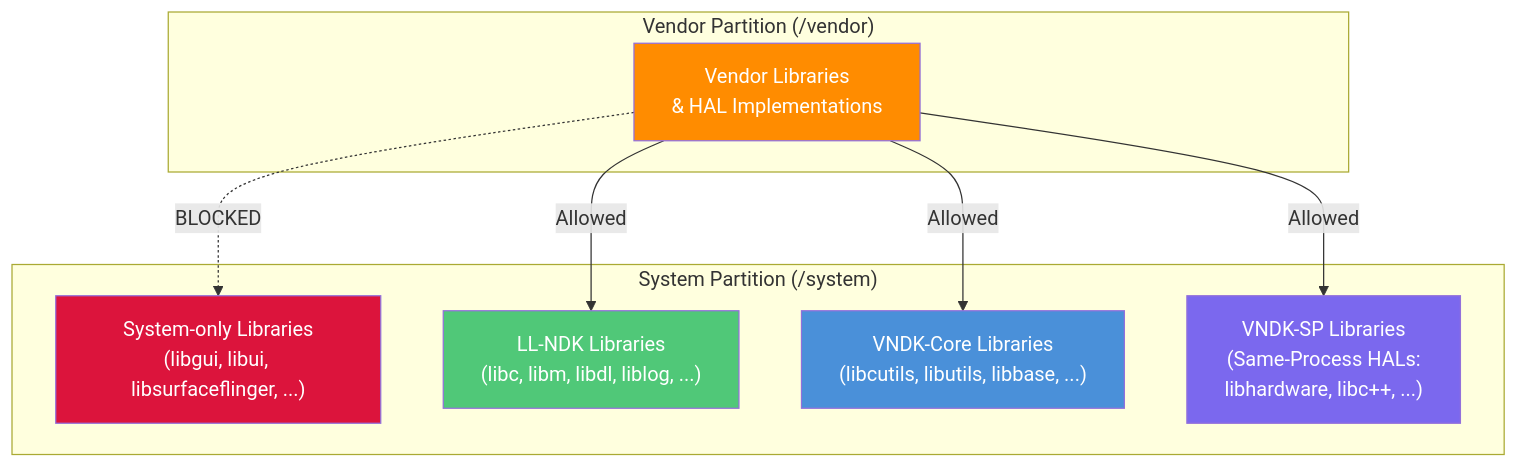
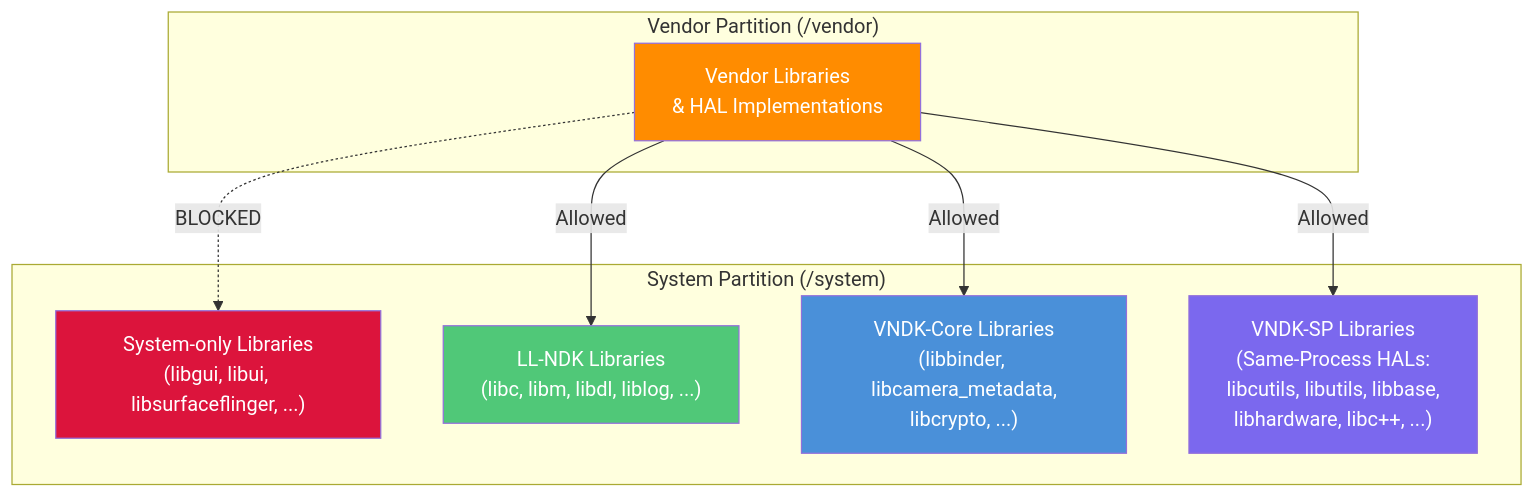
One commit to aospbooks/aosp-internal-book changed the eighth of 17 diagrams in agents/claude/skills/aosp-native-foundation/11-ndk.md. Above: the diagram before and after it, drawn with Mermaid. The commit also changed other lines of this file and 218 other files, not shown here.

````diff
--- a/agents/claude/skills/aosp-native-foundation/11-ndk.md
+++ b/agents/claude/skills/aosp-native-foundation/11-ndk.md
@@ -1391,24 +1411,24 @@
 ```mermaid
 graph TD
     subgraph "System Partition (/system)"
         SYSLIBS["System-only Libraries<br/>(libgui, libui, libsurfaceflinger, ...)"]
         LLNDK["LL-NDK Libraries<br/>(libc, libm, libdl, liblog, ...)"]
-        VNDK_CORE["VNDK-Core Libraries<br/>(libcutils, libutils, libbase, ...)"]
-        VNDK_SP["VNDK-SP Libraries<br/>(Same-Process HALs:<br/>libhardware, libc++, ...)"]
+        VNDK_CORE["VNDK-Core Libraries<br/>(libbinder, libcamera_metadata,<br/>libcrypto, ...)"]
+        VNDK_SP["VNDK-SP Libraries<br/>(Same-Process HALs:<br/>libcutils, libutils, libbase,<br/>libhardware, libc++, ...)"]
     end
 
     subgraph "Vendor Partition (/vendor)"
         VENDOR["Vendor Libraries<br/>& HAL Implementations"]
     end
 
     VENDOR -->|Allowed| LLNDK
     VENDOR -->|Allowed| VNDK_CORE
     VENDOR -->|Allowed| VNDK_SP
     VENDOR -.->|BLOCKED| SYSLIBS
 
     style SYSLIBS fill:#dc143c,color:white
     style LLNDK fill:#50c878,color:white
     style VNDK_CORE fill:#4a90d9,color:white
     style VNDK_SP fill:#7b68ee,color:white
     style VENDOR fill:#ff8c00,color:white
 ```
````
